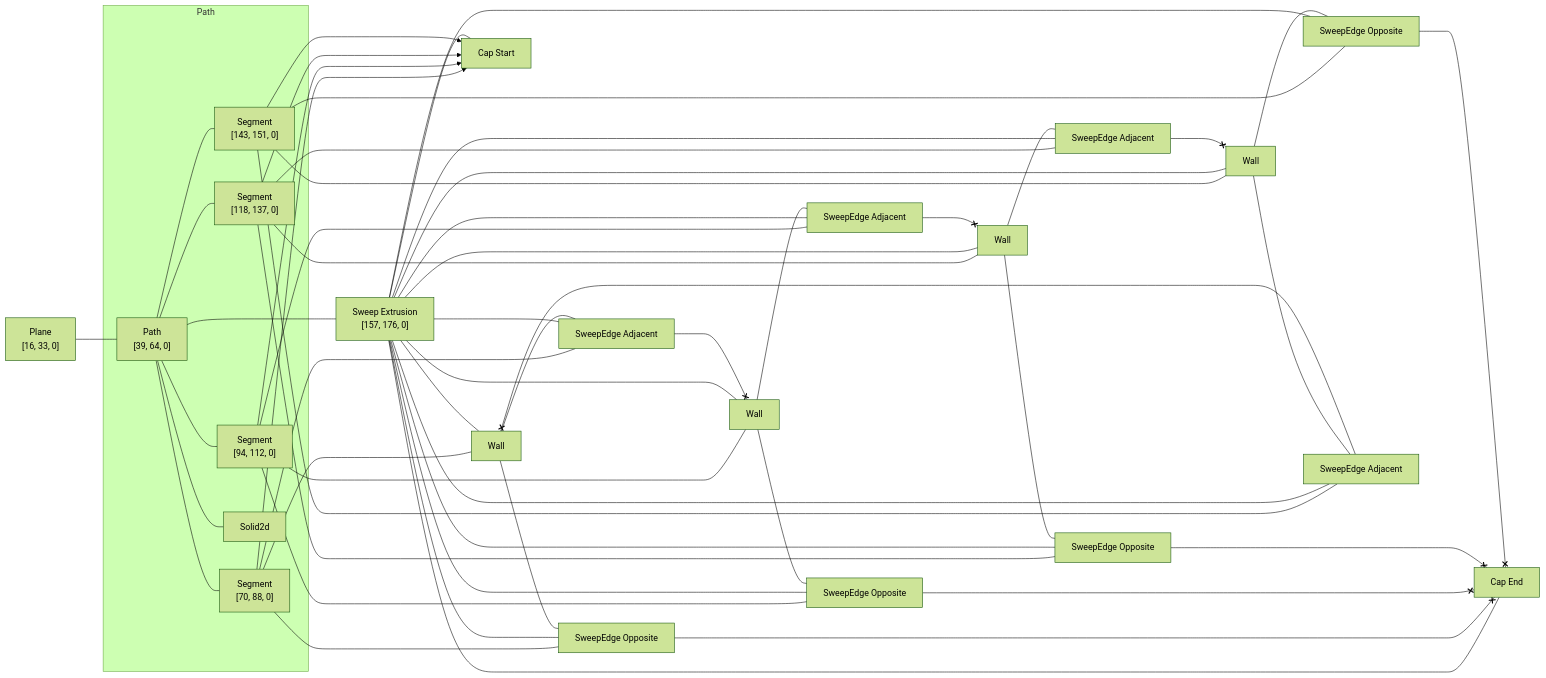
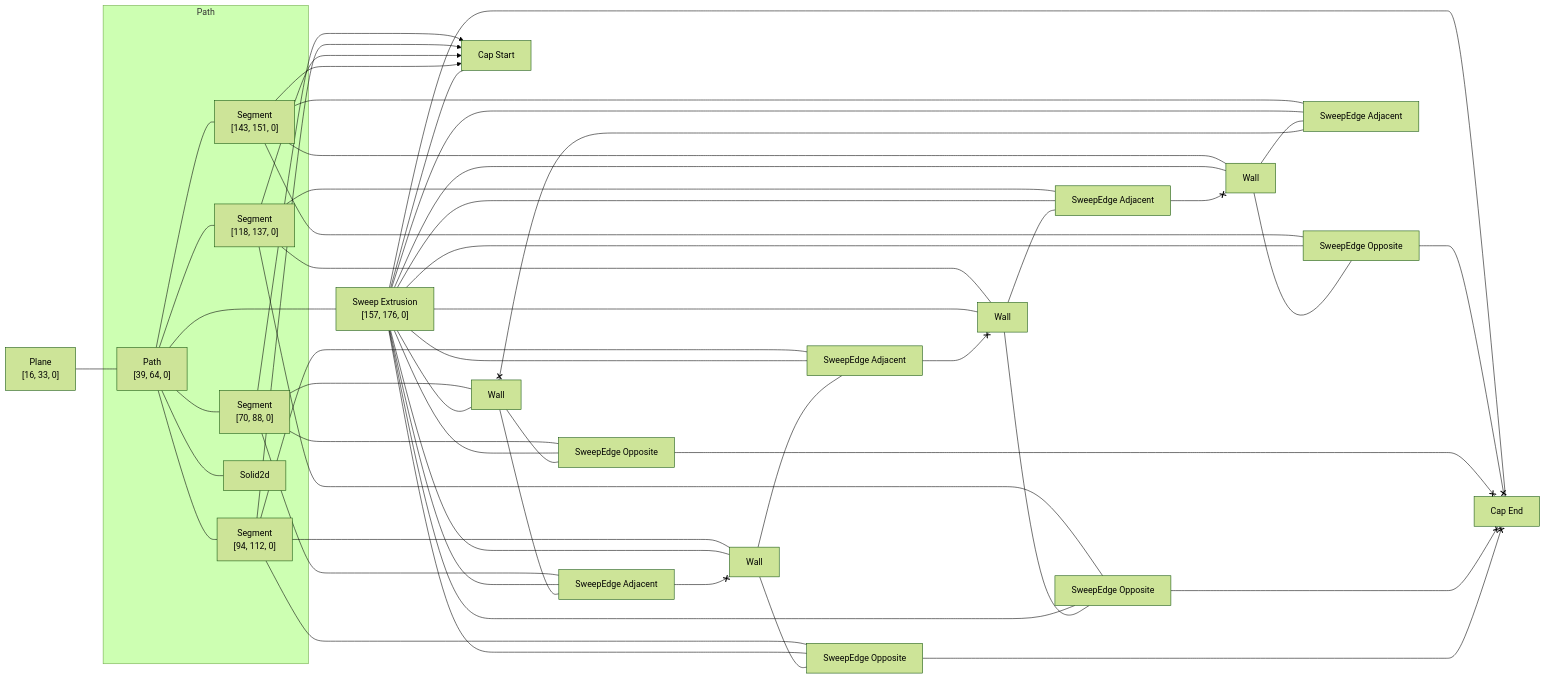
Before and after one commit to rajgandhi1/modeling-app: the diagram in rust/kcl-lib/tests/linear_pattern3d_a_pattern/artifact_graph_flowchart.snap.md, drawn with Mermaid (forest theme). The commit also changed 110 other files, not shown here.

````diff
--- a/rust/kcl-lib/tests/linear_pattern3d_a_pattern/artifact_graph_flowchart.snap.md
+++ b/rust/kcl-lib/tests/linear_pattern3d_a_pattern/artifact_graph_flowchart.snap.md
@@ -1,80 +1,80 @@
 ```mermaid
 flowchart LR
   subgraph path2 [Path]
     2["Path<br>[39, 64, 0]"]
     3["Segment<br>[70, 88, 0]"]
     4["Segment<br>[94, 112, 0]"]
     5["Segment<br>[118, 137, 0]"]
     6["Segment<br>[143, 151, 0]"]
     7[Solid2d]
   end
   1["Plane<br>[16, 33, 0]"]
   8["Sweep Extrusion<br>[157, 176, 0]"]
   9[Wall]
   10[Wall]
   11[Wall]
   12[Wall]
   13["Cap Start"]
   14["Cap End"]
   15["SweepEdge Opposite"]
   16["SweepEdge Opposite"]
   17["SweepEdge Opposite"]
   18["SweepEdge Opposite"]
   19["SweepEdge Adjacent"]
   20["SweepEdge Adjacent"]
   21["SweepEdge Adjacent"]
   22["SweepEdge Adjacent"]
   1 --- 2
   2 --- 3
   2 --- 4
   2 --- 5
   2 --- 6
   2 --- 7
   2 ---- 8
   3 --- 12
   3 x--> 13
-  3 --- 15
-  3 --- 22
+  3 --- 16
+  3 --- 21
   4 --- 10
   4 x--> 13
-  4 --- 16
-  4 --- 19
+  4 --- 18
+  4 --- 22
   5 --- 9
   5 x--> 13
   5 --- 17
   5 --- 20
   6 --- 11
   6 x--> 13
-  6 --- 18
-  6 --- 21
+  6 --- 15
+  6 --- 19
   8 --- 9
   8 --- 10
   8 --- 11
   8 --- 12
   8 --- 13
   8 --- 14
   8 --- 15
   8 --- 16
   8 --- 17
   8 --- 18
   8 --- 19
   8 --- 20
   8 --- 21
   8 --- 22
   9 --- 17
-  19 <--x 9
   9 --- 20
-  10 --- 16
-  10 --- 19
-  22 <--x 10
-  11 --- 18
+  22 <--x 9
+  10 --- 18
+  21 <--x 10
+  10 --- 22
+  11 --- 15
+  11 --- 19
   20 <--x 11
-  11 --- 21
-  12 --- 15
-  21 <--x 12
-  12 --- 22
+  12 --- 16
+  19 <--x 12
+  12 --- 21
   15 <--x 14
   16 <--x 14
   17 <--x 14
   18 <--x 14
 ```
````
